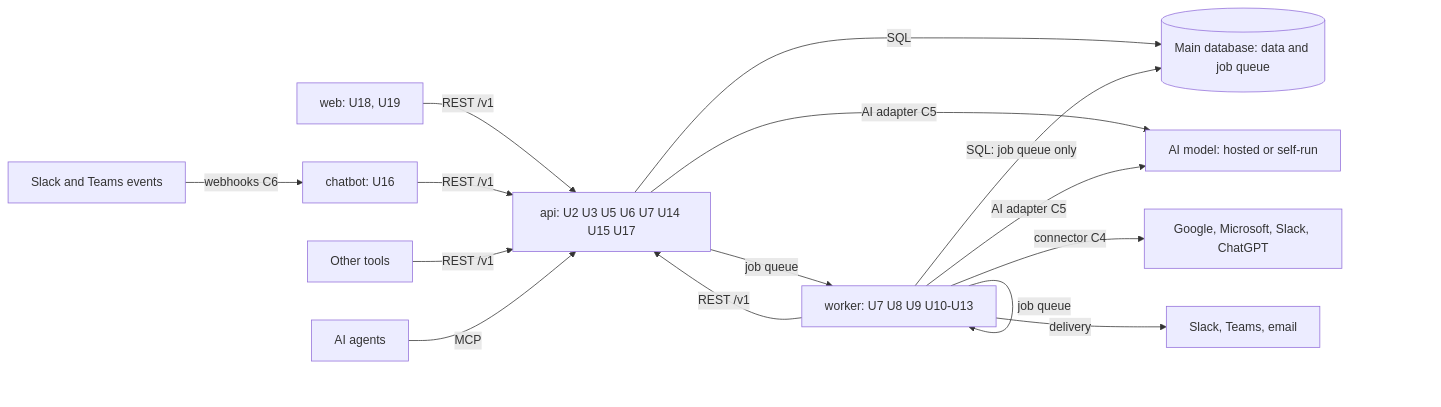
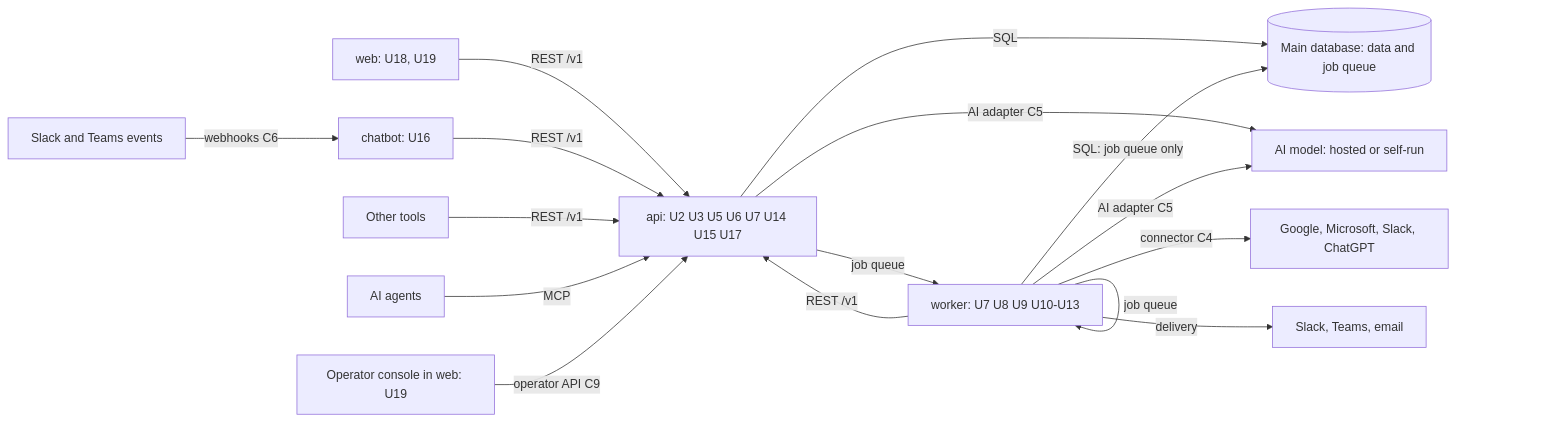
One commit to nc-krishan-tanna/counter-hamster-wheel changed the diagram in aidlc/spaces/default/intents/261125-context-engine/inception/contract-design/contract-summary.md. Above: the diagram before and after it, drawn with Mermaid. The commit also changed other lines of this file and 5 other files, not shown here.

````diff
--- a/aidlc/spaces/default/intents/261125-context-engine/inception/contract-design/contract-summary.md
+++ b/aidlc/spaces/default/intents/261125-context-engine/inception/contract-design/contract-summary.md
@@ -17,17 +17,18 @@
 ```mermaid
 graph LR
     WEB[web: U18, U19] -- "REST /v1" --> API[api: U2 U3 U5 U6 U7 U14 U15 U17]
     BOT[chatbot: U16] -- "REST /v1" --> API
     WRK[worker: U7 U8 U9 U10-U13] -- "REST /v1" --> API
     EXT[Other tools] -- "REST /v1" --> API
     AGT[AI agents] -- "MCP" --> API
     API -- "job queue" --> WRK
     WRK -- "job queue" --> WRK
     API -- "SQL" --> DB[(Main database: data and job queue)]
     WRK -- "SQL: job queue only" --> DB
     API -- "AI adapter C5" --> MODEL[AI model: hosted or self-run]
     WRK -- "AI adapter C5" --> MODEL
     WRK -- "connector C4" --> SRC[Google, Microsoft, Slack, ChatGPT]
     WRK -- "delivery" --> CHAN[Slack, Teams, email]
     SLACKIN[Slack and Teams events] -- "webhooks C6" --> BOT
+    OPS[Operator console in web: U19] -- "operator API C9" --> API
 ```
````
